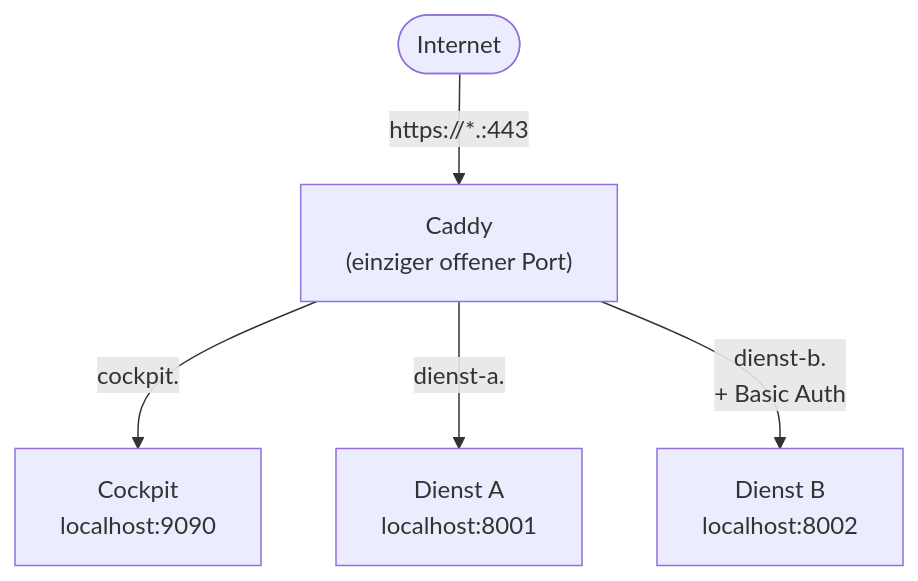
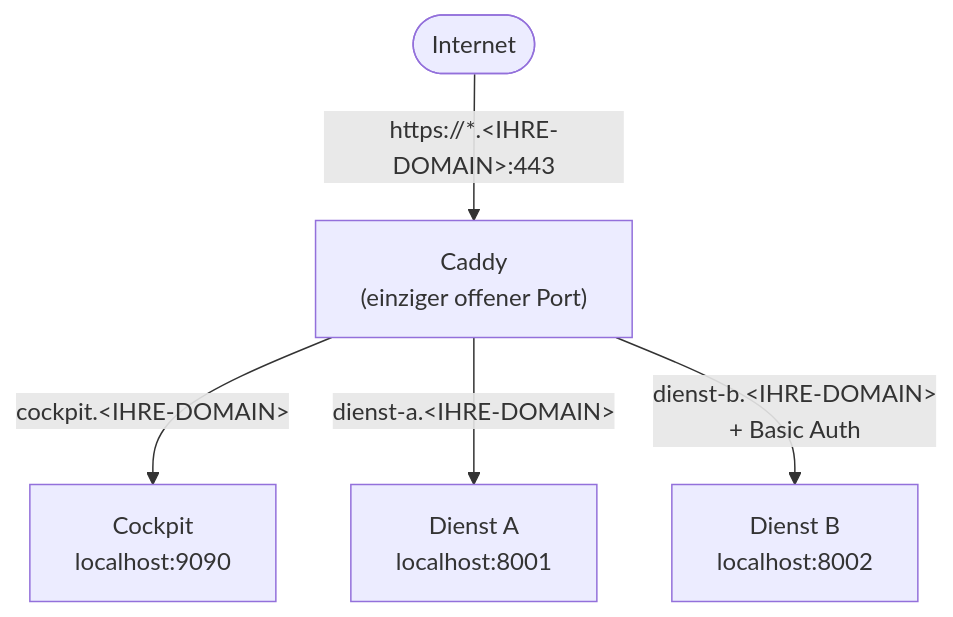
Before and after one commit to Lotter69/2026_02_linux: the diagram in Lab_04.md, drawn with Mermaid. The commit also changed 2 other files, not shown here.

Commit message:
Mermaid-Diagramme repariert wegen <>

````diff
--- a/Lab_04.md
+++ b/Lab_04.md
@@ -576,7 +576,7 @@
 ```mermaid
 flowchart TD
-    Internet(["Internet"]) -->|"https://*.<IHRE-DOMAIN>:443"| Caddy["Caddy<br/>(einziger offener Port)"]
-    Caddy -->|"cockpit.<IHRE-DOMAIN>"| Cockpit["Cockpit<br/>localhost:9090"]
-    Caddy -->|"dienst-a.<IHRE-DOMAIN>"| DienstA["Dienst A<br/>localhost:8001"]
-    Caddy -->|"dienst-b.<IHRE-DOMAIN><br/>+ Basic Auth"| DienstB["Dienst B<br/>localhost:8002"]
+    Internet(["Internet"]) -->|"https://*.&lt;IHRE-DOMAIN&gt;:443"| Caddy["Caddy<br/>(einziger offener Port)"]
+    Caddy -->|"cockpit.&lt;IHRE-DOMAIN&gt;"| Cockpit["Cockpit<br/>localhost:9090"]
+    Caddy -->|"dienst-a.&lt;IHRE-DOMAIN&gt;"| DienstA["Dienst A<br/>localhost:8001"]
+    Caddy -->|"dienst-b.&lt;IHRE-DOMAIN&gt;<br/>+ Basic Auth"| DienstB["Dienst B<br/>localhost:8002"]
 ```
````
